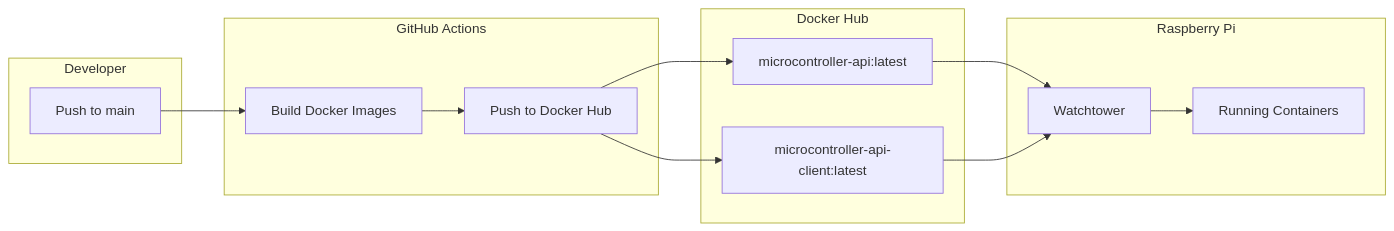
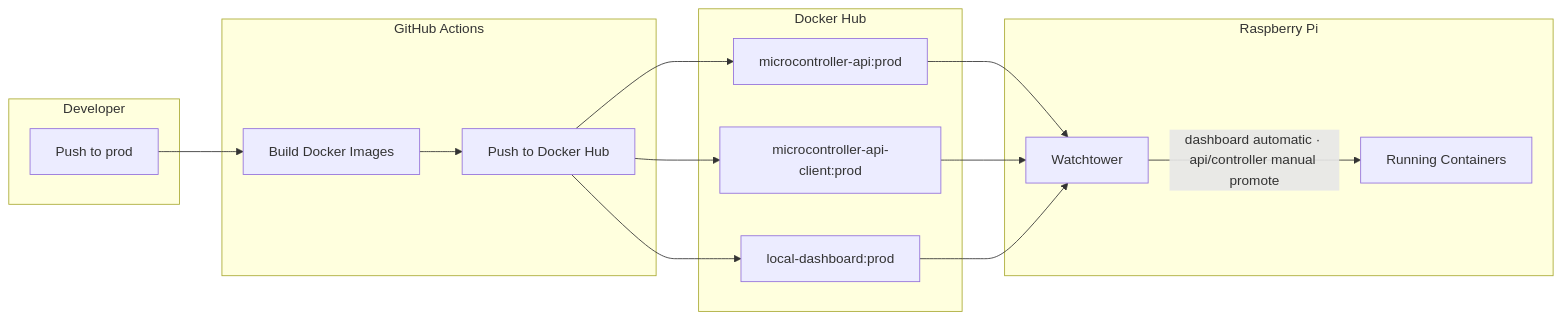
One commit to GreenThumbProject/docs changed the third of 5 diagrams in docs/architecture/diagrams.md. Above: the diagram before and after it, drawn with Mermaid. The commit also changed other lines of this file and 36 other files, not shown here.

````diff
--- a/docs/architecture/diagrams.md
+++ b/docs/architecture/diagrams.md
@@ -157,29 +78,32 @@
 ```mermaid
 graph LR
     subgraph "Developer"
-        DEV[Push to main]
+        DEV[Push to prod]
     end
     
     subgraph "GitHub Actions"
         BUILD[Build Docker Images]
         PUSH[Push to Docker Hub]
     end
     
     subgraph "Docker Hub"
-        API_IMG[microcontroller-api:latest]
-        CTRL_IMG[microcontroller-api-client:latest]
+        API_IMG["microcontroller-api:prod"]
+        CTRL_IMG["microcontroller-api-client:prod"]
+        DASH_IMG["local-dashboard:prod"]
     end
     
     subgraph "Raspberry Pi"
         WT[Watchtower]
         CONTAINERS[Running Containers]
     end
     
     DEV --> BUILD
     BUILD --> PUSH
     PUSH --> API_IMG
     PUSH --> CTRL_IMG
+    PUSH --> DASH_IMG
     API_IMG --> WT
     CTRL_IMG --> WT
-    WT --> CONTAINERS
+    DASH_IMG --> WT
+    WT -->|"dashboard automatic · api/controller manual promote"| CONTAINERS
 ```
````
